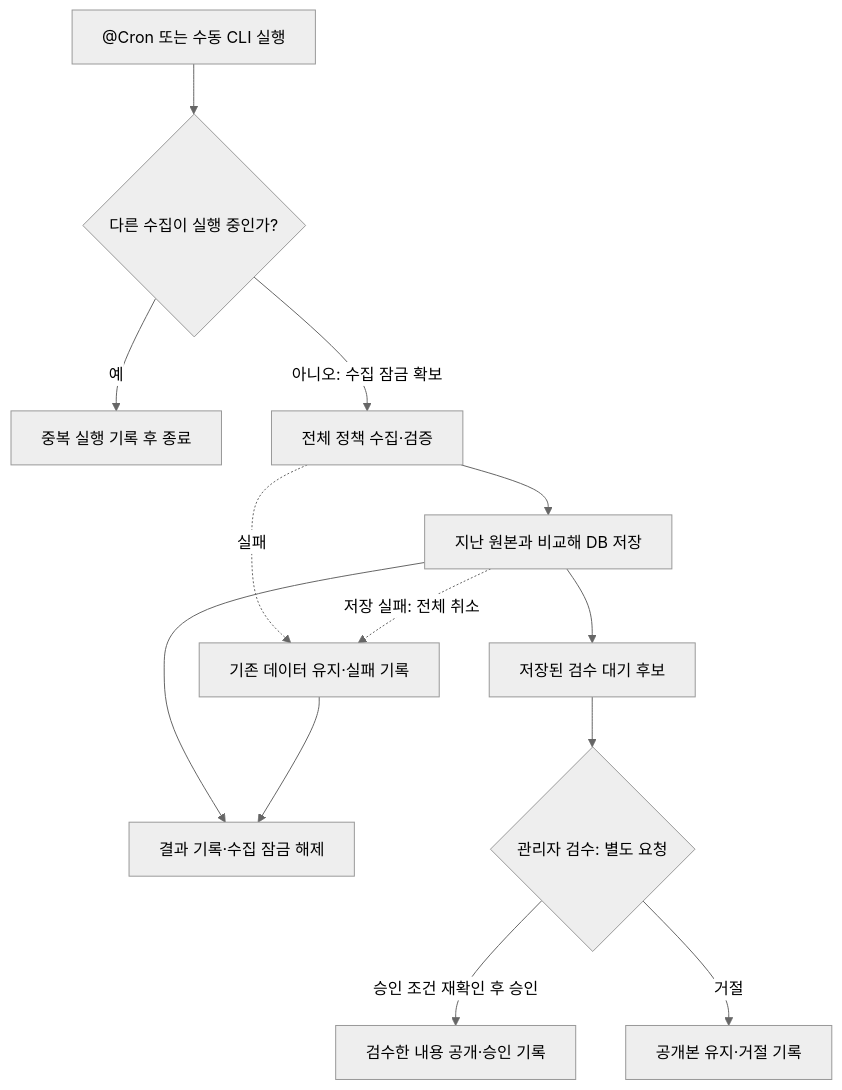
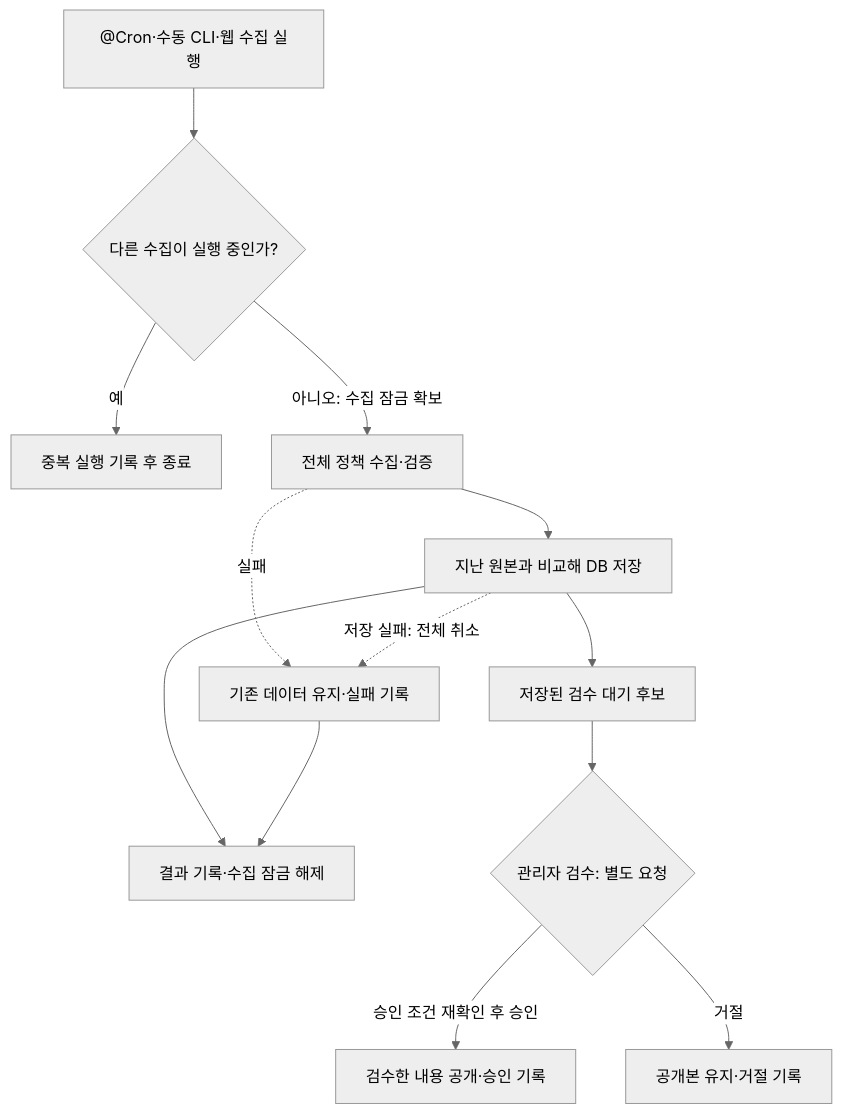
The second of 2 diagrams in docs/ARCHITECTURE.md (dohun03/youth-kkultong), drawn with Mermaid (neutral theme) before and after one commit. The commit also changed other lines of this file and 5 other files, not shown here.

````diff
--- a/docs/ARCHITECTURE.md
+++ b/docs/ARCHITECTURE.md
@@ -101,15 +124,15 @@
 ```mermaid
 flowchart TD
-    A["@Cron 또는 수동 CLI 실행"] --> L{"다른 수집이 실행 중인가?"}
+    A["@Cron·수동 CLI·웹 수집 실행"] --> L{"다른 수집이 실행 중인가?"}
     L -->|"예"| X["중복 실행 기록 후 종료"]
     L -->|"아니오: 수집 잠금 확보"| B["전체 정책 수집·검증"]
     B --> C["지난 원본과 비교해 DB 저장"]
     B -. "실패" .-> F["기존 데이터 유지·실패 기록"]
     C -. "저장 실패: 전체 취소" .-> F
     C --> Z["결과 기록·수집 잠금 해제"]
     F --> Z
     C --> R["저장된 검수 대기 후보"]
     R --> M{"관리자 검수: 별도 요청"}
     M -->|"승인 조건 재확인 후 승인"| P["검수한 내용 공개·승인 기록"]
     M -->|"거절"| H["공개본 유지·거절 기록"]
 ```
````
